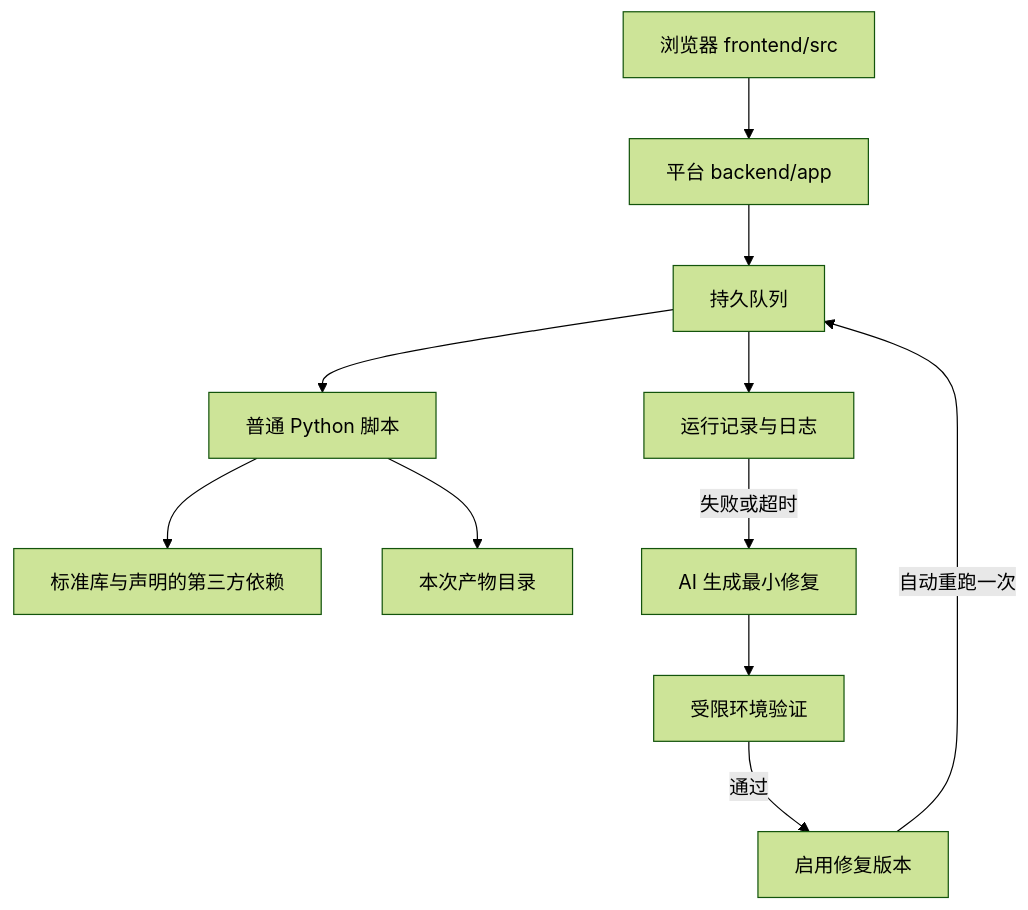
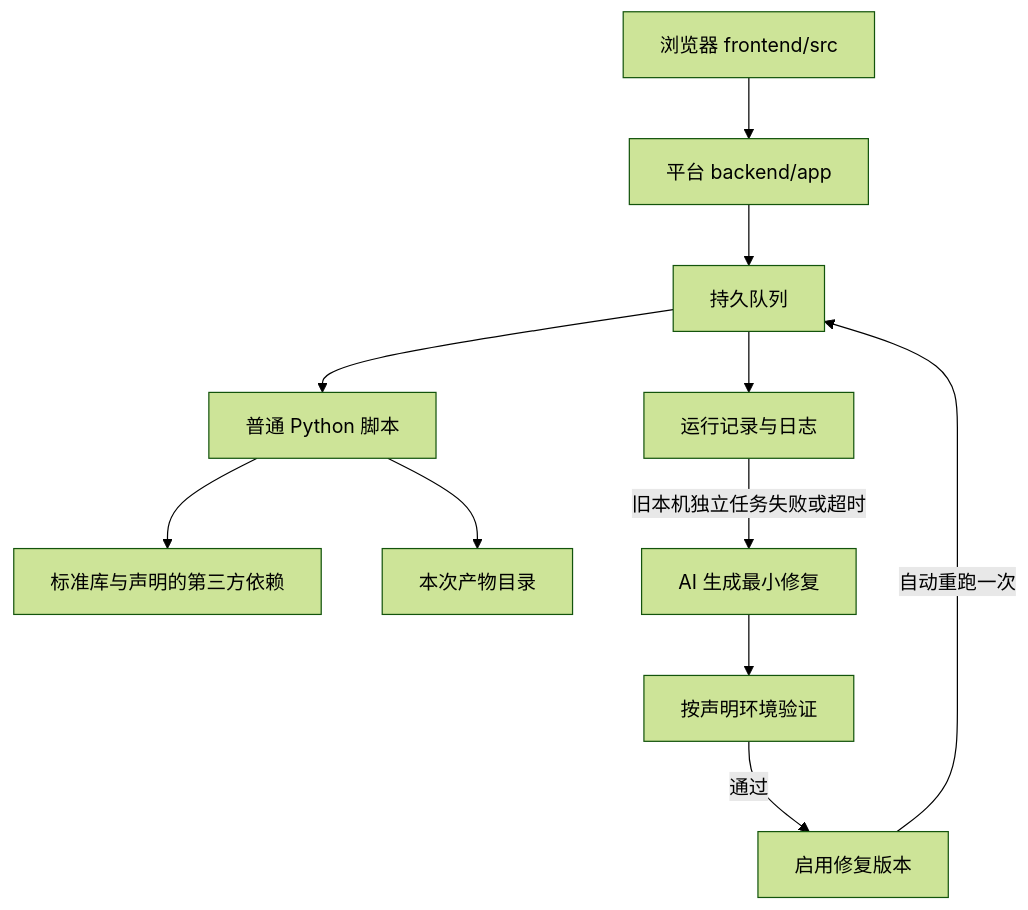
The fourth of 4 diagrams in docs/项目架构.md (flyyang12-rgb/spiderFly), drawn with Mermaid (forest theme) before and after one commit. The commit also changed other lines of this file and 254 other files, not shown here.

````diff
--- a/docs/项目架构.md
+++ b/docs/项目架构.md
@@ -26,13 +92,13 @@
 ```mermaid
 flowchart TD
     UI[浏览器 frontend/src] --> API[平台 backend/app]
     API --> Queue[持久队列]
     Queue --> Script[普通 Python 脚本]
     Script --> Libraries[标准库与声明的第三方依赖]
     Script --> Output[本次产物目录]
     Queue --> History[运行记录与日志]
-    History -->|失败或超时| AI[AI 生成最小修复]
-    AI --> Verify[受限环境验证]
+    History -->|旧本机独立任务失败或超时| AI[AI 生成最小修复]
+    AI --> Verify[按声明环境验证]
     Verify -->|通过| Version[启用修复版本]
     Version -->|自动重跑一次| Queue
 ```
````
